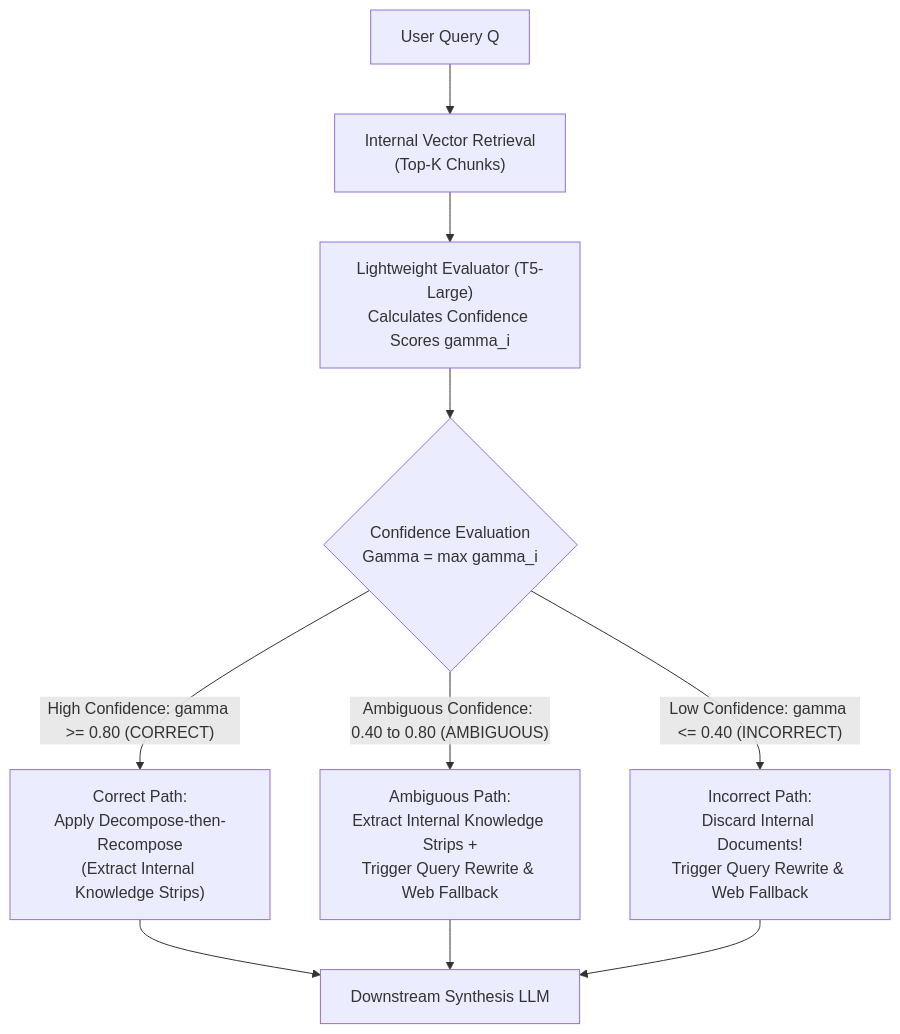
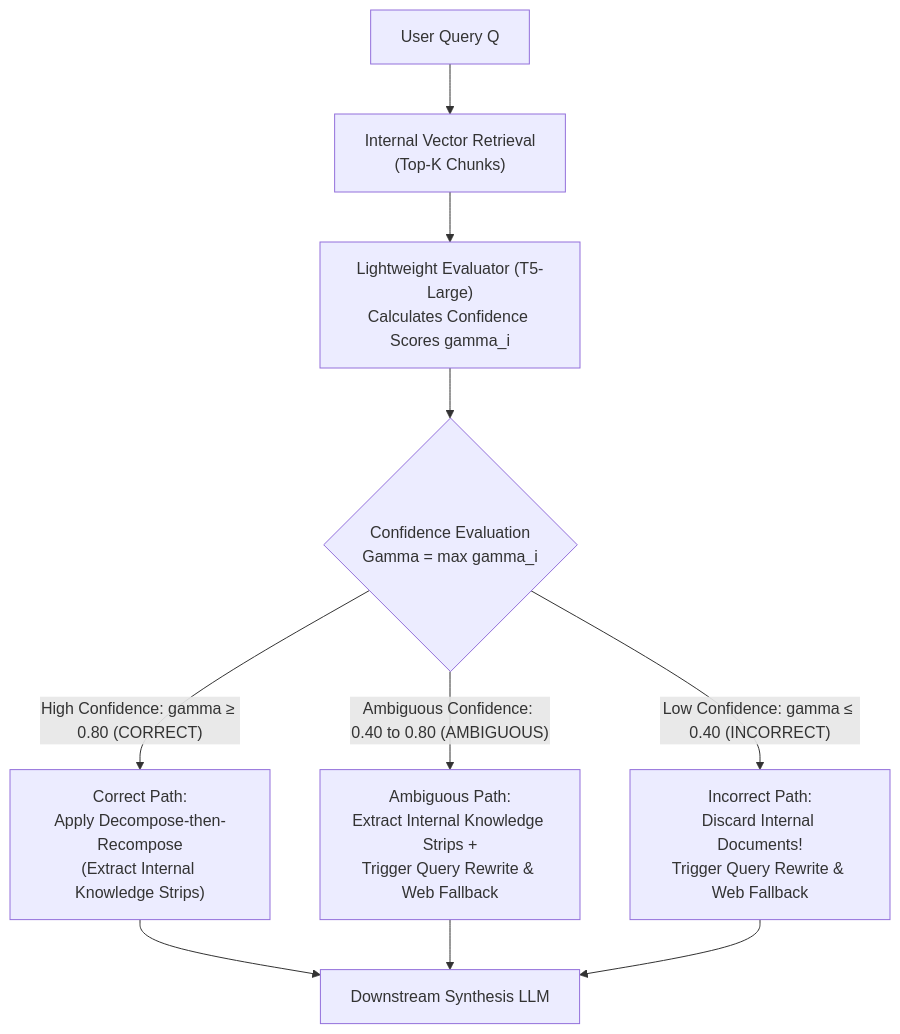
Before and after one commit to divyansh070/ml_notes: the second of 4 diagrams in rag-guide/06-advanced-agentic-rag.md, drawn with Mermaid. The commit also changed other lines of this file and 2 other files, not shown here.

Commit message:
fix(rag-guide): fix GitHub math and Mermaid rendering in phases 05, 06, and 07

````diff
--- a/rag-guide/06-advanced-agentic-rag.md
+++ b/rag-guide/06-advanced-agentic-rag.md
@@ -157,17 +159,17 @@
 ```mermaid
 flowchart TD
-    QUERY["User Query Q"] --> RETRIEVE["Internal Vector Retrieval<br>(Top-K Chunks)"]
-    RETRIEVE --> EVAL["Lightweight Evaluator (T5-Large)<br>Calculates Confidence Scores gamma_i"]
+    QUERY["User Query Q"] --> RETRIEVE["Internal Vector Retrieval<br/>(Top-K Chunks)"]
+    RETRIEVE --> EVAL["Lightweight Evaluator (T5-Large)<br/>Calculates Confidence Scores gamma_i"]
     
-    EVAL --> THRESHOLD{"Confidence Evaluation<br>Gamma = max gamma_i"}
+    EVAL --> THRESHOLD{"Confidence Evaluation<br/>Gamma = max gamma_i"}
     
-    THRESHOLD -->|"High Confidence: gamma >= 0.80 (CORRECT)"| PASS["Correct Path:<br>Apply Decompose-then-Recompose<br>(Extract Internal Knowledge Strips)"]
+    THRESHOLD -->|"High Confidence: gamma ≥ 0.80 (CORRECT)"| PASS["Correct Path:<br/>Apply Decompose-then-Recompose<br/>(Extract Internal Knowledge Strips)"]
     
-    THRESHOLD -->|"Ambiguous Confidence: 0.40 to 0.80 (AMBIGUOUS)"| HYBRID["Ambiguous Path:<br>Extract Internal Knowledge Strips +<br>Trigger Query Rewrite & Web Fallback"]
+    THRESHOLD -->|"Ambiguous Confidence: 0.40 to 0.80 (AMBIGUOUS)"| HYBRID["Ambiguous Path:<br/>Extract Internal Knowledge Strips +<br/>Trigger Query Rewrite & Web Fallback"]
     
-    THRESHOLD -->|"Low Confidence: gamma <= 0.40 (INCORRECT)"| REWRITE["Incorrect Path:<br>Discard Internal Documents!<br>Trigger Query Rewrite & Web Fallback"]
+    THRESHOLD -->|"Low Confidence: gamma ≤ 0.40 (INCORRECT)"| REWRITE["Incorrect Path:<br/>Discard Internal Documents!<br/>Trigger Query Rewrite & Web Fallback"]
     
     PASS --> GENERATOR["Downstream Synthesis LLM"]
     HYBRID --> GENERATOR
     REWRITE --> GENERATOR
 ```
````
